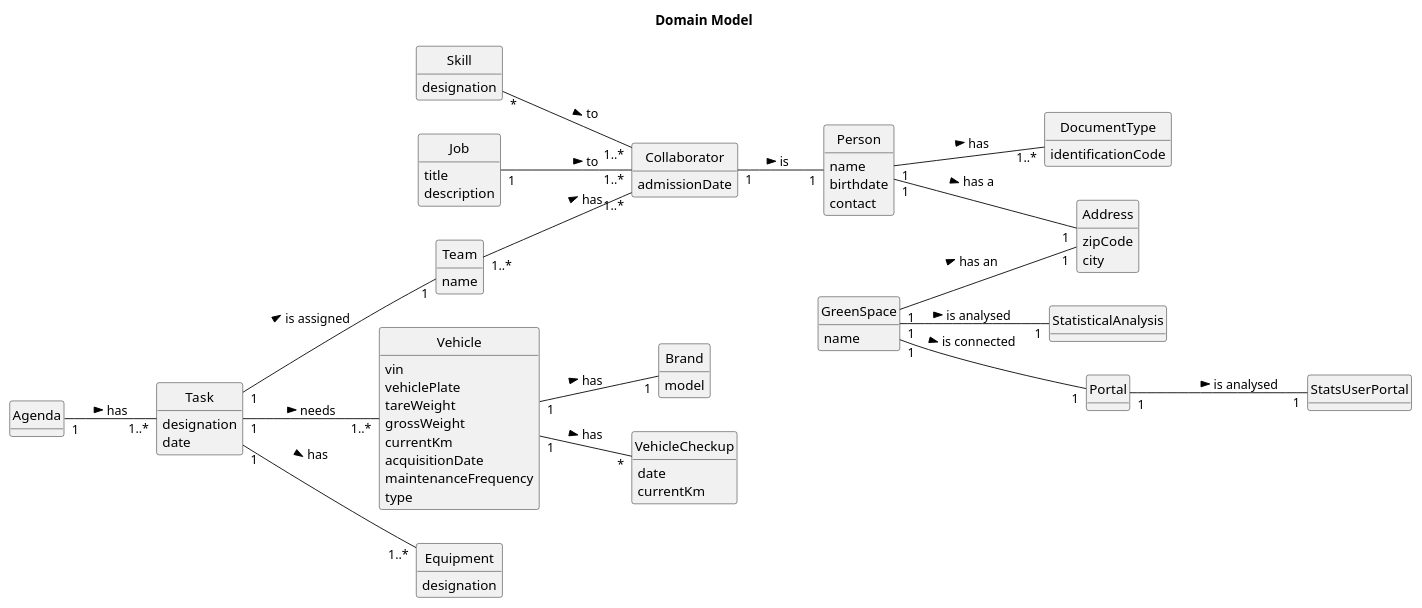
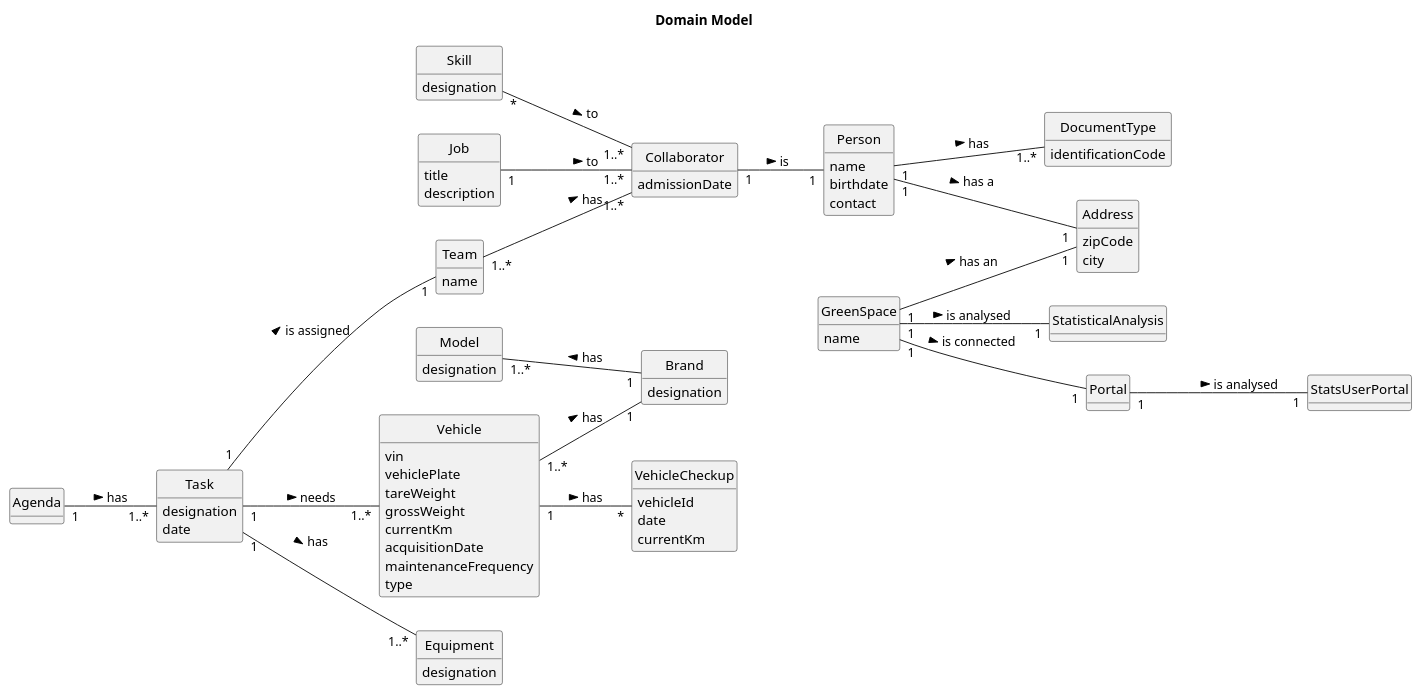
One commit to ricardomm7/leaflink changed the diagram in docs/sprintB/global-artifacts/02.analysis/puml/project-domain-model.puml. Above: the diagram before and after it, drawn with PlantUML. The commit also changed 1 other file, not shown here.

Commit message:
LFC2-140<Correct US008 domain model and domain model>

```diff
--- a/docs/sprintB/global-artifacts/02.analysis/puml/project-domain-model.puml
+++ b/docs/sprintB/global-artifacts/02.analysis/puml/project-domain-model.puml
@@ -1,122 +1,129 @@
 @startuml
 skinparam monochrome true
 skinparam packageStyle rectangle
 skinparam shadowing false
 skinparam classAttributeIconSize 0
 hide circle
 hide methods
 left to right direction
 
 title Domain Model
 
 class Skill {
     designation
 }
 
 class Job {
     title
     description
 }
 
 class Collaborator {
     admissionDate
 }
 
 class DocumentType{
     identificationCode
 }
 
 
 class Team {
     name
 }
 
 class Vehicle {
     vin
     vehiclePlate
     tareWeight
     grossWeight
     currentKm
     acquisitionDate
     maintenanceFrequency
     type
 }
 
 class Brand{
-    model
+    designation
+}
+
+class Model{
+    designation
 }
 
 class VehicleCheckup{
+    vehicleId
     date
     currentKm
 }
 
 class Person {
     name
     birthdate
     contact
 }
 
 class Address{
     zipCode
     city
 }
 
 class StatisticalAnalysis{
 }
 
 class StatsUserPortal{
 }
 
 
 class GreenSpace{
     name
 }
 
 class Task{
     designation
     date
 }
 
 class Equipment{
     designation
 }
 
 class Agenda{
 }
 
 class Portal{
 }
 
-Vehicle "1" -- "1" Brand : has >
+Vehicle "1..*" -- "1" Brand : has >
+
+Model "1..*" -- "1" Brand : has <
 
 Collaborator  "1" -- "1"  Person : is >
 
 Person "1" -- "1..*" DocumentType : has >
 
 Job "1" -- "1..*" Collaborator : to >
 
 Skill "*" -- "1..*" Collaborator : to >
 
 Team "1..*" -- "1..*" Collaborator : has >
 
 Vehicle "1" -- "*" VehicleCheckup : has >
 
 Person "1" -- "1" Address : has a >
 
 GreenSpace "1" -- "1" StatisticalAnalysis : is analysed >
 
 GreenSpace "1" -- "1" Address : has an >
 
 Task "1" -- "1..*" Vehicle : needs >
 
 Task "1" -- "1" Team : is assigned >
 
 Task "1" -- "1..*" Equipment : has >
 
 GreenSpace "1" -- "1" Portal : is connected >
 
 Portal "1" -- "1" StatsUserPortal : is analysed >
 
 Agenda "1" -- "1..*" Task : has >
 @enduml
```
